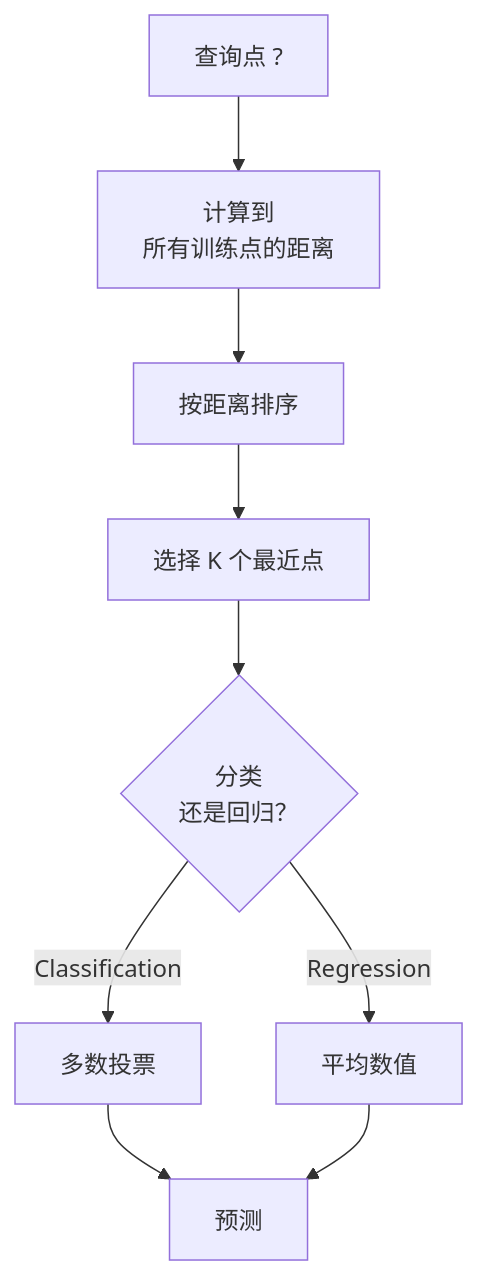
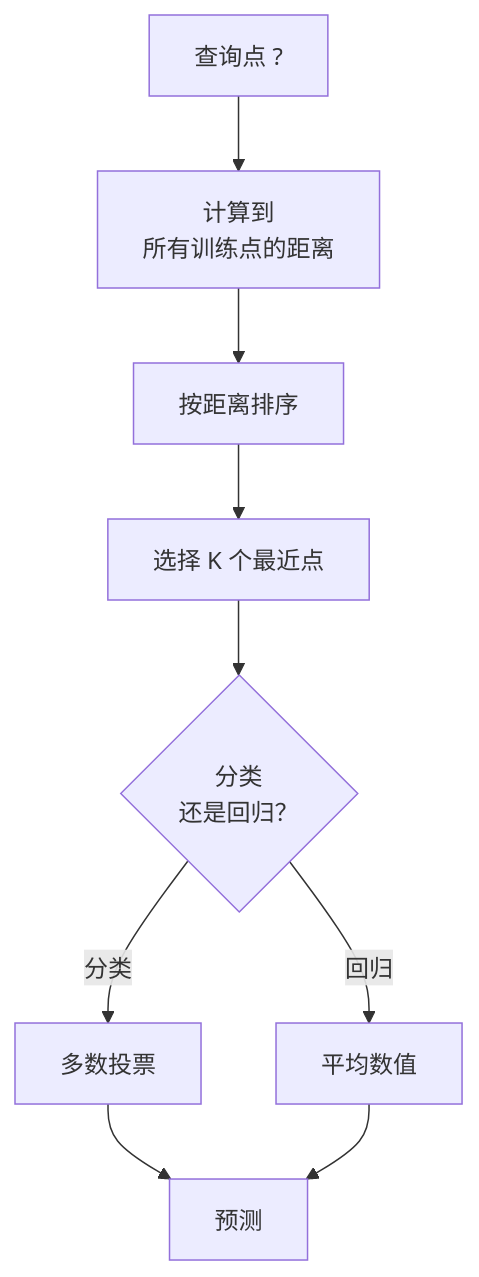
The first of 3 diagrams in content/translations/practice/02-ml-fundamentals/06-knn-and-distances/zh.md (huangyue12120/Learning-Atlas), drawn with Mermaid before and after one commit. The commit also changed 24 other files, not shown here.

Commit message:
fix(reader): localize Mermaid in source content

````diff
--- a/content/translations/practice/02-ml-fundamentals/06-knn-and-distances/zh.md
+++ b/content/translations/practice/02-ml-fundamentals/06-knn-and-distances/zh.md
@@ -46,11 +46,11 @@
 ```mermaid
 graph TD
     Q["查询点 ?"] --> D["计算到<br>所有训练点的距离"]
     D --> S["按距离排序"]
     S --> K["选择 K 个最近点"]
     K --> C{"分类<br>还是回归？"}
-    C -->|Classification| V["多数投票"]
-    C -->|Regression| A["平均数值"]
+    C -->|分类| V["多数投票"]
+    C -->|回归| A["平均数值"]
     V --> P["预测"]
     A --> P
 ```
````
